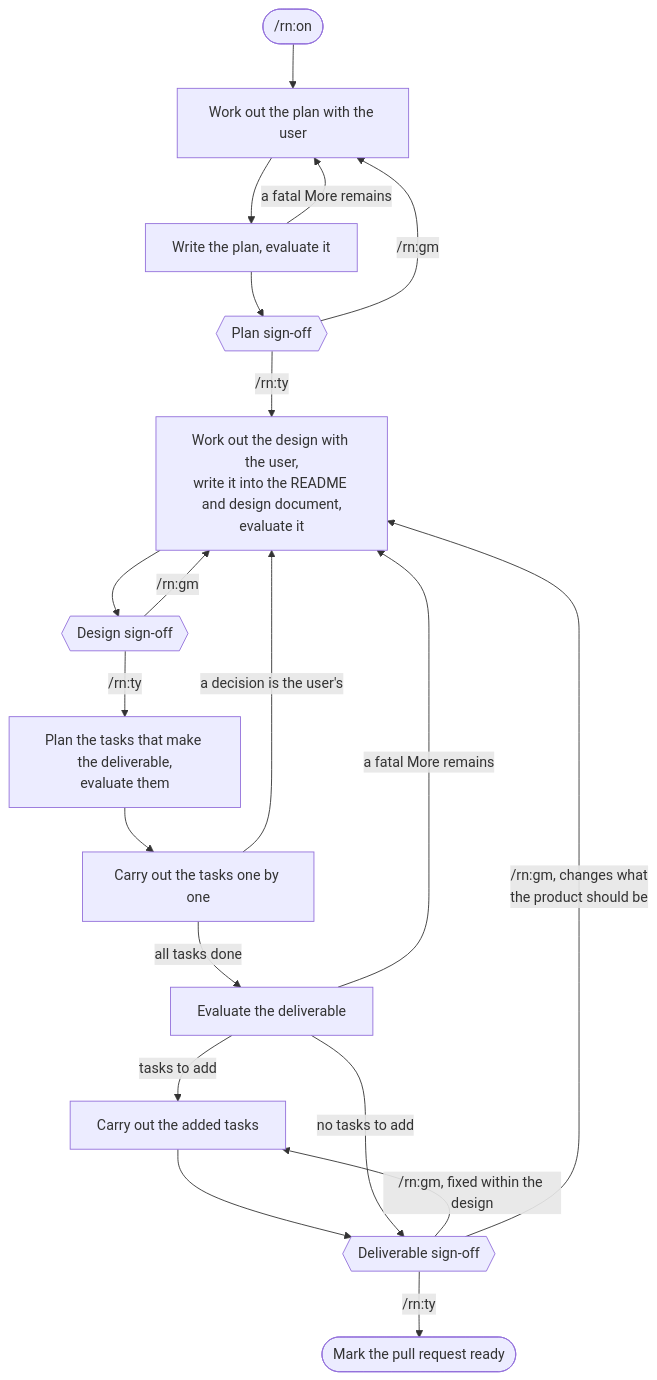
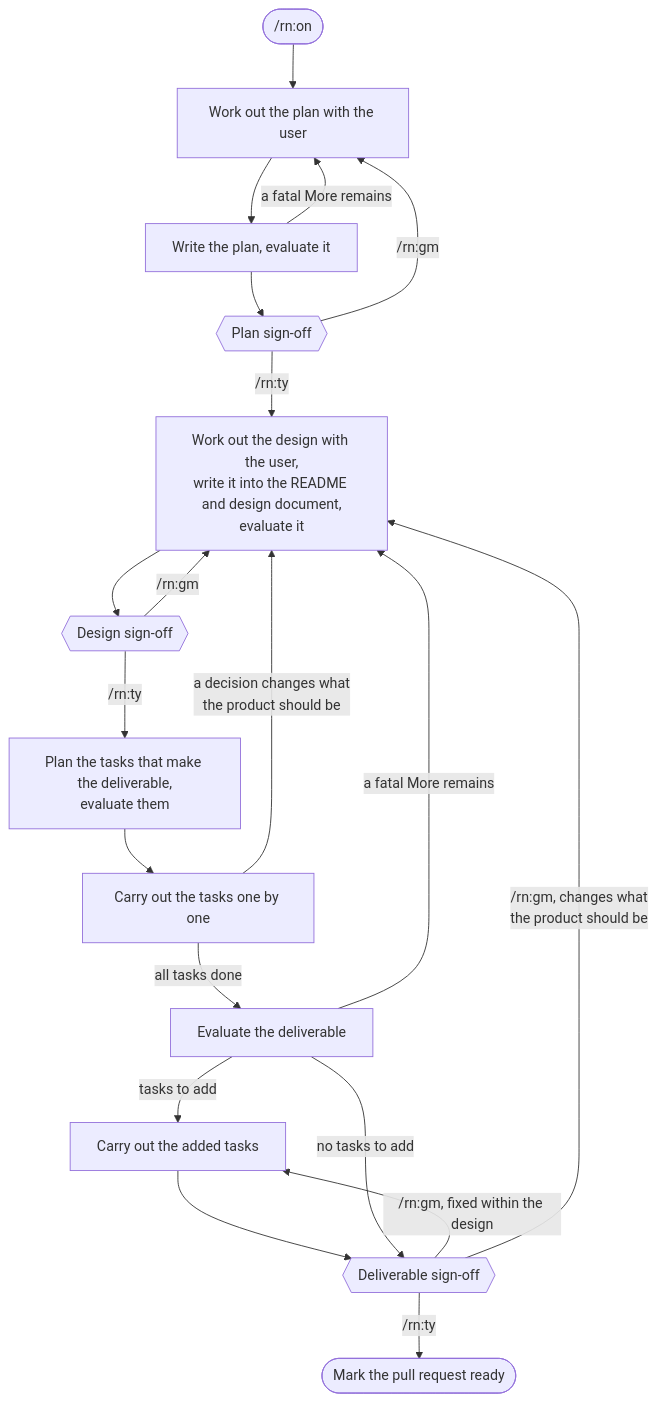
The first of 6 diagrams in rn/docs/design.md (lovaizu/ccpm), drawn with Mermaid before and after one commit. The commit also changed other lines of this file and 1 other file, not shown here.

Commit message:
docs(rn): settle the evaluation of the README and design — features named alike in table and headings, the session map up front, four policies each traced to a benefit, a review request shown in the README, readers in the record diagram, commit message parts with why, contradictions removed

````diff
--- a/rn/docs/design.md
+++ b/rn/docs/design.md
@@ -25,32 +20,32 @@
 ```mermaid
 flowchart TD
     ON(["/rn:on"])
     W["Work out the plan with the user"]
     P["Write the plan, evaluate it"]
     PS{{"Plan sign-off"}}
     D["Work out the design with the user,<br/>write it into the README and design document,<br/>evaluate it"]
     DS{{"Design sign-off"}}
     P2["Plan the tasks that make the deliverable,<br/>evaluate them"]
     T["Carry out the tasks one by one"]
     EV["Evaluate the deliverable"]
     T2["Carry out the added tasks"]
     FS{{"Deliverable sign-off"}}
     END(["Mark the pull request ready"])
     ON --> W --> P --> PS
     P -->|"a fatal More remains"| W
     PS -->|"/rn:gm"| W
     PS -->|"/rn:ty"| D
     D --> DS
     DS -->|"/rn:gm"| D
     DS -->|"/rn:ty"| P2
     P2 --> T
-    T -->|"a decision is the user's"| D
+    T -->|"a decision changes what<br/>the product should be"| D
     T -->|"all tasks done"| EV
     EV -->|"tasks to add"| T2
     EV -->|"a fatal More remains"| D
     T2 --> FS
     EV -->|"no tasks to add"| FS
     FS -->|"/rn:gm, fixed within the design"| T2
     FS -->|"/rn:gm, changes what<br/>the product should be"| D
     FS -->|"/rn:ty"| END
 ```
````
